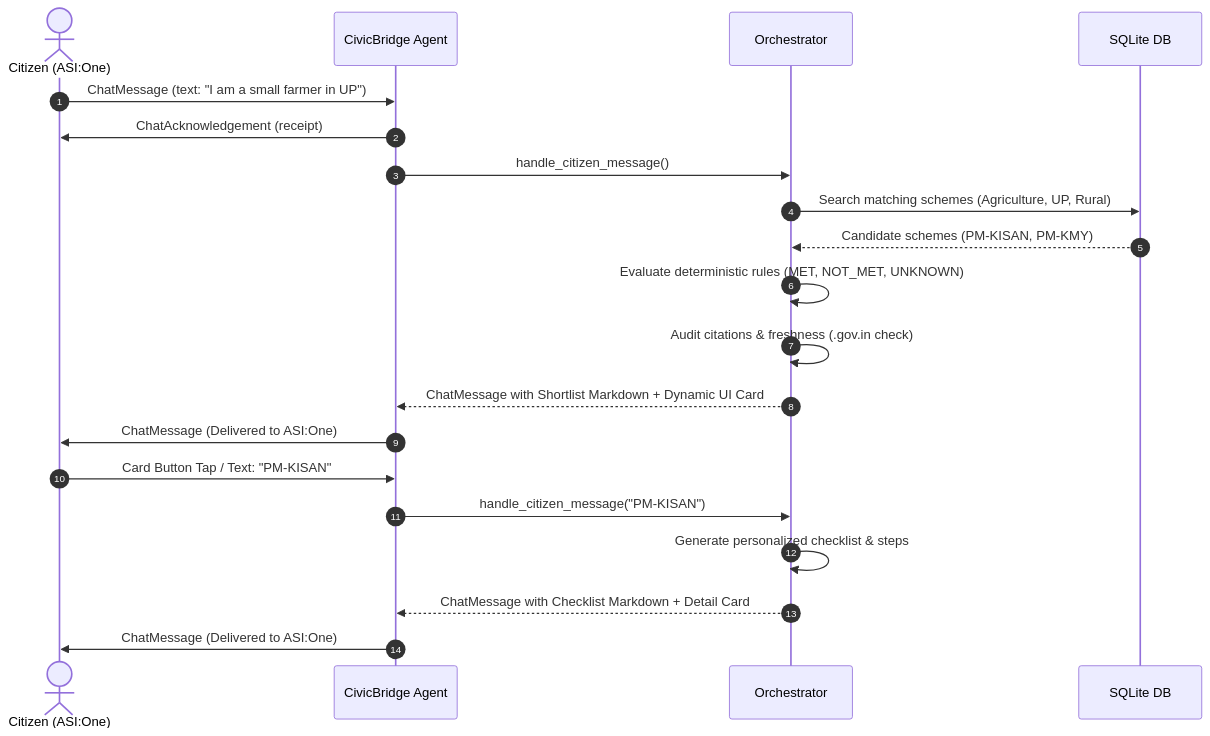
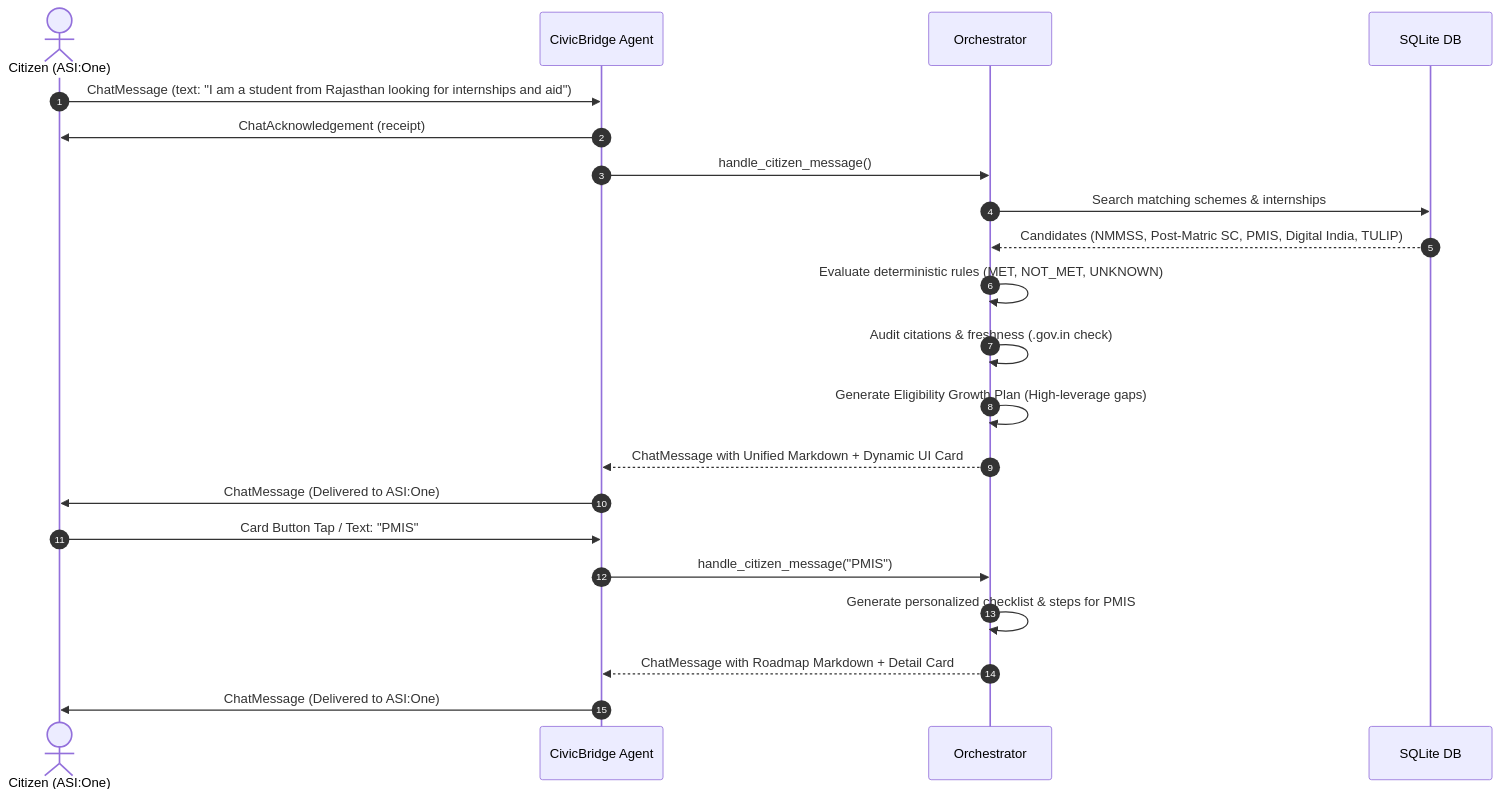
Before and after one commit to kushagra4798/civicbridge_ai: the second of 2 diagrams in docs/architecture.md, drawn with Mermaid. The commit also changed other lines of this file and 19 other files, not shown here.

Commit message:
feat: implement Government Internships and Eligibility Growth Planner (Capabilities B & C)

````diff
--- a/docs/architecture.md
+++ b/docs/architecture.md
@@ -71,24 +81,25 @@
 ```mermaid
 sequenceDiagram
     autonumber
     actor Citizen as Citizen (ASI:One)
     participant Agent as CivicBridge Agent
     participant Orch as Orchestrator
     participant DB as SQLite DB
 
-    Citizen->>Agent: ChatMessage (text: "I am a small farmer in UP")
+    Citizen->>Agent: ChatMessage (text: "I am a student from Rajasthan looking for internships and aid")
     Agent->>Citizen: ChatAcknowledgement (receipt)
     Agent->>Orch: handle_citizen_message()
-    Orch->>DB: Search matching schemes (Agriculture, UP, Rural)
-    DB-->>Orch: Candidate schemes (PM-KISAN, PM-KMY)
+    Orch->>DB: Search matching schemes & internships
+    DB-->>Orch: Candidates (NMMSS, Post-Matric SC, PMIS, Digital India, TULIP)
     Orch->>Orch: Evaluate deterministic rules (MET, NOT_MET, UNKNOWN)
     Orch->>Orch: Audit citations & freshness (.gov.in check)
-    Orch-->>Agent: ChatMessage with Shortlist Markdown + Dynamic UI Card
+    Orch->>Orch: Generate Eligibility Growth Plan (High-leverage gaps)
+    Orch-->>Agent: ChatMessage with Unified Markdown + Dynamic UI Card
     Agent->>Citizen: ChatMessage (Delivered to ASI:One)
     
-    Citizen->>Agent: Card Button Tap / Text: "PM-KISAN"
-    Agent->>Orch: handle_citizen_message("PM-KISAN")
-    Orch->>Orch: Generate personalized checklist & steps
-    Orch-->>Agent: ChatMessage with Checklist Markdown + Detail Card
+    Citizen->>Agent: Card Button Tap / Text: "PMIS"
+    Agent->>Orch: handle_citizen_message("PMIS")
+    Orch->>Orch: Generate personalized checklist & steps for PMIS
+    Orch-->>Agent: ChatMessage with Roadmap Markdown + Detail Card
     Agent->>Citizen: ChatMessage (Delivered to ASI:One)
 ```
````
